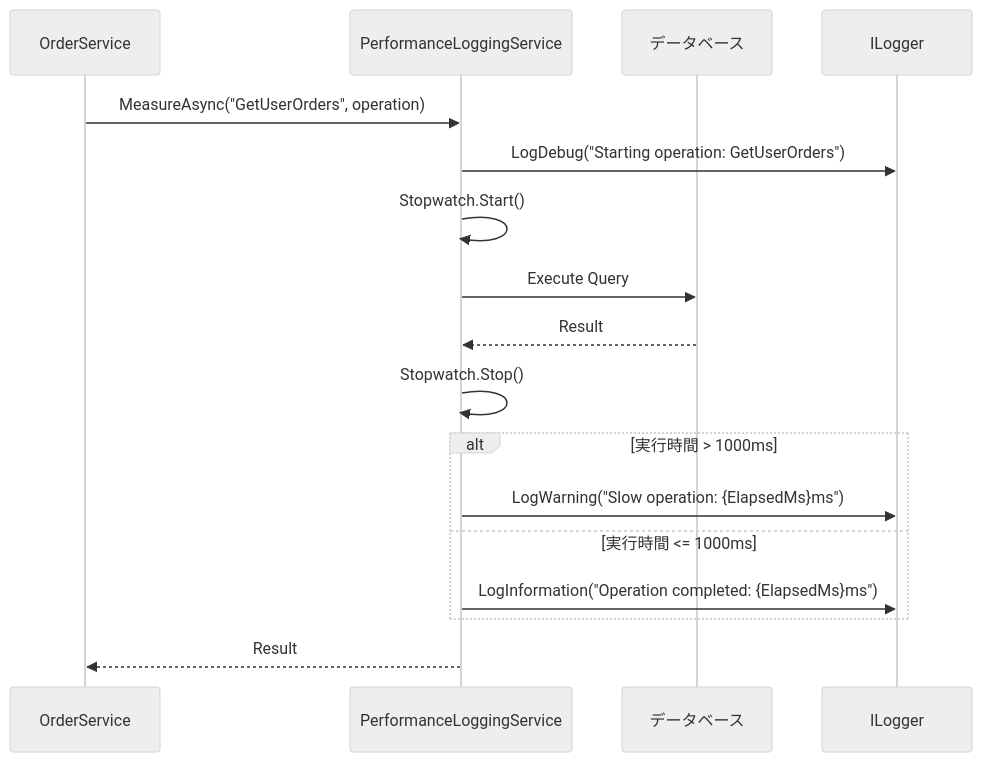
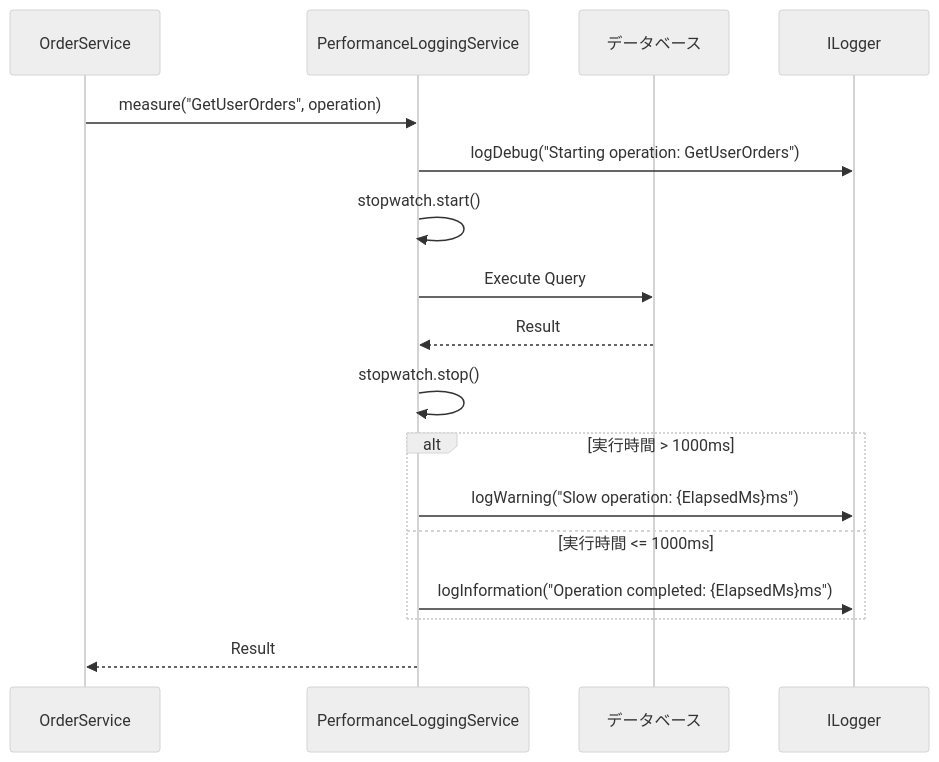
The ninth of 9 diagrams in .github/docs/common-design/logging.md (RYA234/dotnet_container), drawn with Mermaid (neutral theme) before and after one commit. The commit also changed other lines of this file, not shown here.

````diff
--- a/.github/docs/common-design/logging.md
+++ b/.github/docs/common-design/logging.md
@@ -285,24 +326,24 @@
 ```mermaid
 sequenceDiagram
     participant Service as OrderService
     participant PerfLogger as PerformanceLoggingService
     participant DB as データベース
     participant Logger as ILogger
 
-    Service->>PerfLogger: MeasureAsync("GetUserOrders", operation)
-    PerfLogger->>Logger: LogDebug("Starting operation: GetUserOrders")
-    PerfLogger->>PerfLogger: Stopwatch.Start()
-    
+    Service->>PerfLogger: measure("GetUserOrders", operation)
+    PerfLogger->>Logger: logDebug("Starting operation: GetUserOrders")
+    PerfLogger->>PerfLogger: stopwatch.start()
+
     PerfLogger->>DB: Execute Query
     DB-->>PerfLogger: Result
-    
-    PerfLogger->>PerfLogger: Stopwatch.Stop()
-    
+
+    PerfLogger->>PerfLogger: stopwatch.stop()
+
     alt 実行時間 > 1000ms
-        PerfLogger->>Logger: LogWarning("Slow operation: {ElapsedMs}ms")
+        PerfLogger->>Logger: logWarning("Slow operation: {ElapsedMs}ms")
     else 実行時間 <= 1000ms
-        PerfLogger->>Logger: LogInformation("Operation completed: {ElapsedMs}ms")
+        PerfLogger->>Logger: logInformation("Operation completed: {ElapsedMs}ms")
     end
-    
+
     PerfLogger-->>Service: Result
 ```
````
